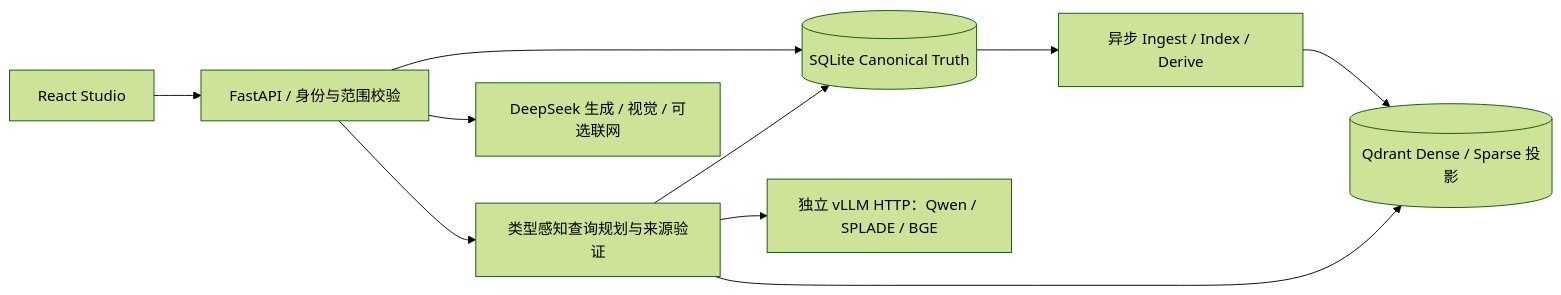
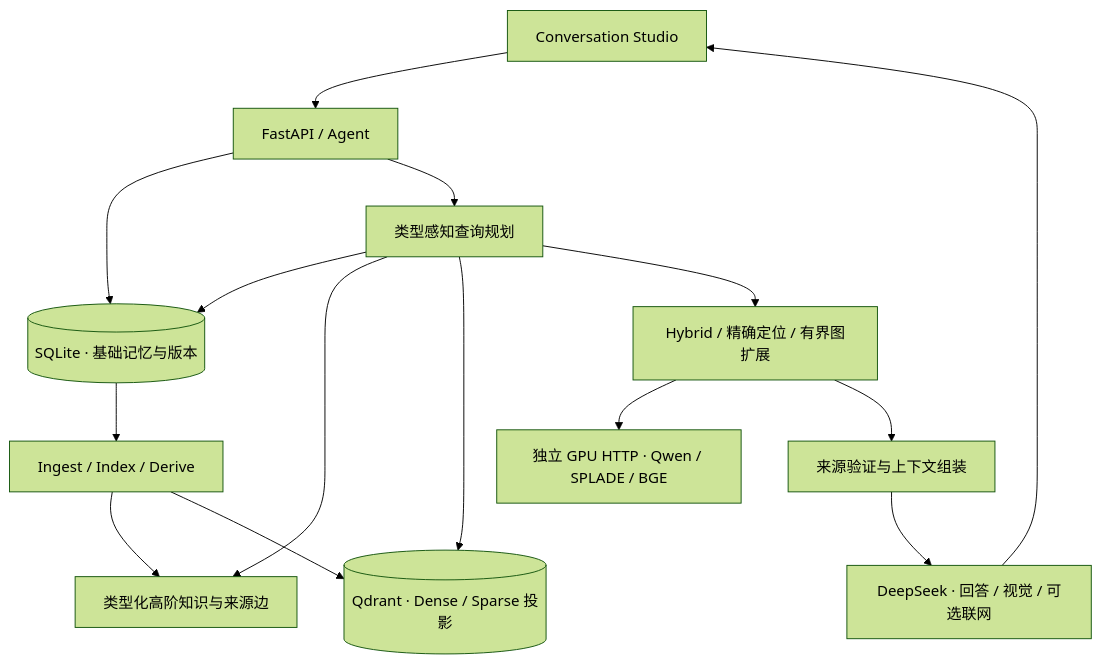
The diagram in README.md (astronaut2003/mandol-competition-chinasoft-opensource), drawn with Mermaid (forest theme) before and after one commit. The commit also changed other lines of this file and 10 other files, not shown here.

````diff
--- a/README.md
+++ b/README.md
@@ -23,12 +133,17 @@
 ```mermaid
-flowchart LR
-  U[React Studio] --> A[FastAPI / 身份与范围校验]
-  A --> S[(SQLite Canonical Truth)]
-  S --> W[异步 Ingest / Index / Derive]
-  W --> Q[(Qdrant Dense / Sparse 投影)]
-  A --> P[类型感知查询规划与来源验证]
-  P --> S
-  P --> Q
-  P --> H[独立 vLLM HTTP：Qwen / SPLADE / BGE]
-  A --> G[DeepSeek 生成 / 视觉 / 可选联网]
+flowchart TD
+  Studio[Conversation Studio] --> Agent[FastAPI / Agent]
+  Agent --> Truth[(SQLite · 基础记忆与版本)]
+  Truth --> Workers[Ingest / Index / Derive]
+  Workers --> Knowledge[类型化高阶知识与来源边]
+  Workers --> Projection[(Qdrant · Dense / Sparse 投影)]
+  Agent --> Planner[类型感知查询规划]
+  Planner --> Truth
+  Planner --> Knowledge
+  Planner --> Projection
+  Planner --> Retrieval[Hybrid / 精确定位 / 有界图扩展]
+  Retrieval --> Models[独立 GPU HTTP · Qwen / SPLADE / BGE]
+  Retrieval --> Context[来源验证与上下文组装]
+  Context --> DeepSeek[DeepSeek · 回答 / 视觉 / 可选联网]
+  DeepSeek --> Studio
 ```
````
